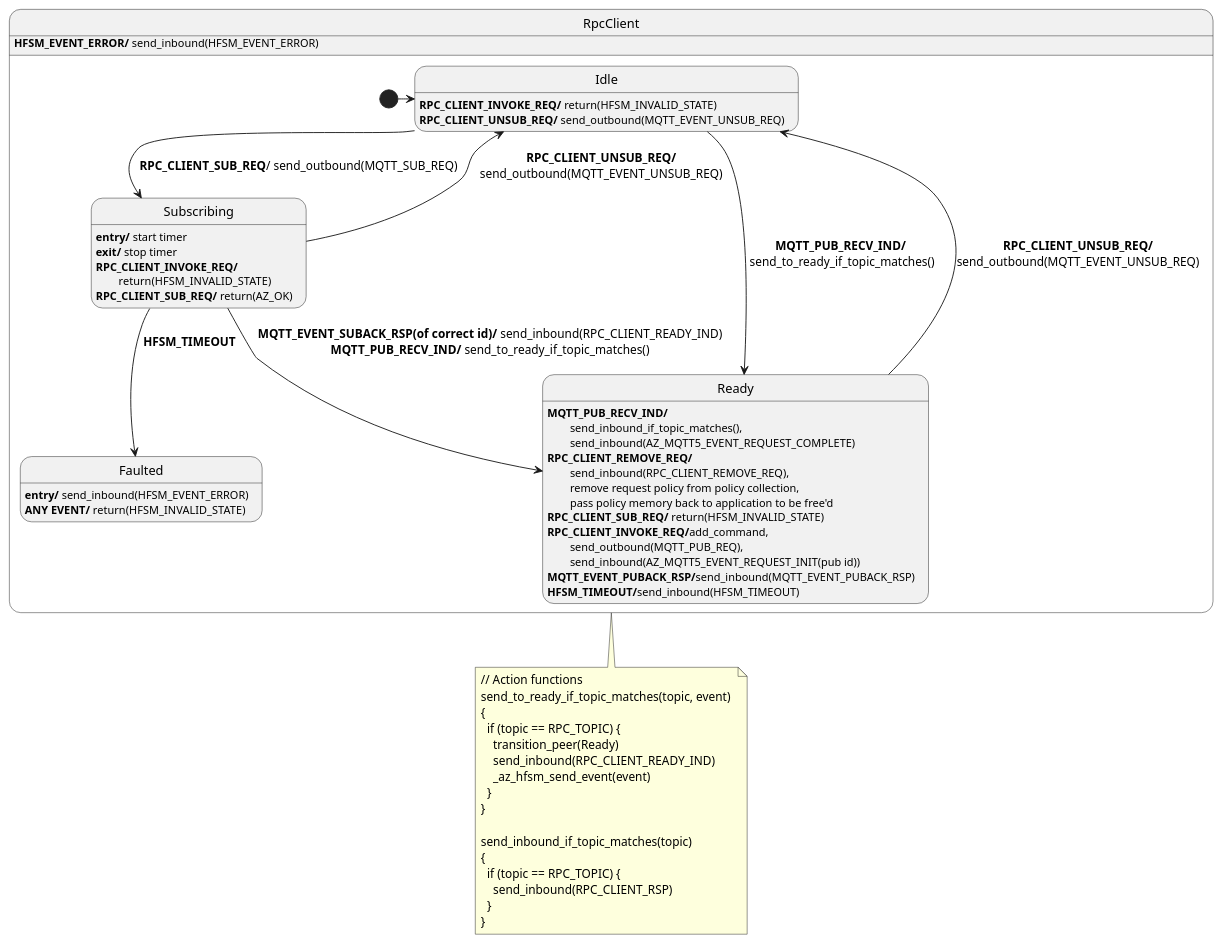
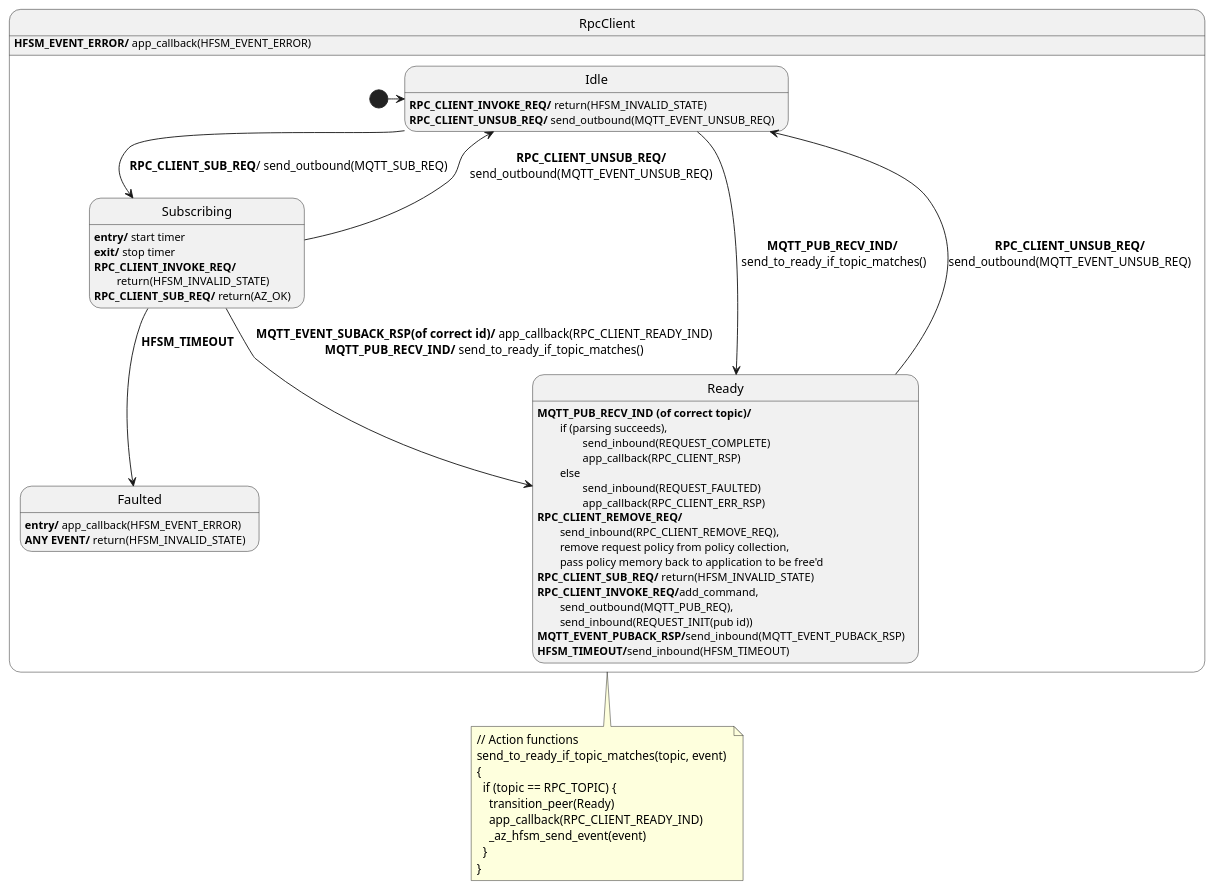
The diagram in sdk/docs/core/resources/mqtt_rpc_client.puml (Azure/azure-sdk-for-c), drawn with PlantUML before and after one commit. The commit also changed 6 other files, not shown here.

Commit message:
update rpc client unit tests and add functionality to fault the request if response parsing fails as well as protect the app from an infinite loop. Add safeguard to removing a request in faulted

```diff
--- a/sdk/docs/core/resources/mqtt_rpc_client.puml
+++ b/sdk/docs/core/resources/mqtt_rpc_client.puml
@@ -1,58 +1,51 @@
 @startuml
 ' ignore these as handled outside of this diagram: MQTT_EVENT_CONNECT_REQ, MQTT_EVENT_CONNECT_RSP, MQTT_EVENT_DISCONNECT_REQ, MQTT_EVENT_DISCONNECT_RSP
 ' Assumptions:
 ' 0. Unknown events are forwarded (in their original direction, either inbound or outbound).
 ' 1. If RPC_CLIENT_READY_IND hasn't already been sent, RPC_CLIENT_SUB_REQ is guaranteed to respond with either RPC_CLIENT_READY_IND, or HFSM_EVENT_ERROR if the subscribe request timed out.
 ' 2. RPC_CLIENT_READY_IND will not be sent more than once unless the client unsubscribes or gets unsubscribed.
-' 3. send_inbound, send_outbound are used to send information to the app and network respectively.
+' 3. app_callback, send_inbound, send_outbound are used to send information to the app, request policy collection, and network respectively.
 
 state RpcClient {
   state Idle
   Idle : <b>RPC_CLIENT_INVOKE_REQ/</b> return(HFSM_INVALID_STATE)
   Idle : <b>RPC_CLIENT_UNSUB_REQ/</b> send_outbound(MQTT_EVENT_UNSUB_REQ)
 
   state Faulted
-  Faulted : <b>entry/</b> send_inbound(HFSM_EVENT_ERROR)
+  Faulted : <b>entry/</b> app_callback(HFSM_EVENT_ERROR)
   Faulted : <b>ANY EVENT/</b> return(HFSM_INVALID_STATE)
     
   state Subscribing
   Subscribing : <b>entry/</b> start timer
   Subscribing : <b>exit/</b> stop timer
   Subscribing : <b>RPC_CLIENT_INVOKE_REQ/</b>\n\treturn(HFSM_INVALID_STATE)
   Subscribing : <b>RPC_CLIENT_SUB_REQ/</b> return(AZ_OK) 
 
   [*] -> Idle
   Idle --> Subscribing : <b>RPC_CLIENT_SUB_REQ</b>/ send_outbound(MQTT_SUB_REQ)
   Idle --> Ready : <b>MQTT_PUB_RECV_IND/</b>\n send_to_ready_if_topic_matches()
   Subscribing --> Faulted : <b>HFSM_TIMEOUT</b>
-  Subscribing --> Ready : <b>MQTT_EVENT_SUBACK_RSP(of correct id)/</b> send_inbound(RPC_CLIENT_READY_IND)\n<b>MQTT_PUB_RECV_IND/</b> send_to_ready_if_topic_matches()
+  Subscribing --> Ready : <b>MQTT_EVENT_SUBACK_RSP(of correct id)/</b> app_callback(RPC_CLIENT_READY_IND)\n<b>MQTT_PUB_RECV_IND/</b> send_to_ready_if_topic_matches()
   Ready --> Idle : <b>RPC_CLIENT_UNSUB_REQ/</b>\nsend_outbound(MQTT_EVENT_UNSUB_REQ)
   Subscribing --> Idle : <b>RPC_CLIENT_UNSUB_REQ/</b>\nsend_outbound(MQTT_EVENT_UNSUB_REQ)
 
-  Ready : <b>MQTT_PUB_RECV_IND/</b>\n\tsend_inbound_if_topic_matches(),\n\tsend_inbound(AZ_MQTT5_EVENT_REQUEST_COMPLETE)
+  Ready : <b>MQTT_PUB_RECV_IND (of correct topic)/</b>\n\tif (parsing succeeds),\n\t\tsend_inbound(REQUEST_COMPLETE)\n\t\tapp_callback(RPC_CLIENT_RSP)\n\telse\n\t\tsend_inbound(REQUEST_FAULTED)\n\t\tapp_callback(RPC_CLIENT_ERR_RSP)
   Ready : <b>RPC_CLIENT_REMOVE_REQ/</b>\n\tsend_inbound(RPC_CLIENT_REMOVE_REQ),\n\tremove request policy from policy collection,\n\tpass policy memory back to application to be free'd
   Ready : <b>RPC_CLIENT_SUB_REQ/</b> return(HFSM_INVALID_STATE)
-  Ready : <b>RPC_CLIENT_INVOKE_REQ/</b>add_command,\n\tsend_outbound(MQTT_PUB_REQ),\n\tsend_inbound(AZ_MQTT5_EVENT_REQUEST_INIT(pub id))
+  Ready : <b>RPC_CLIENT_INVOKE_REQ/</b>add_command,\n\tsend_outbound(MQTT_PUB_REQ),\n\tsend_inbound(REQUEST_INIT(pub id))
   Ready : <b>MQTT_EVENT_PUBACK_RSP/</b>send_inbound(MQTT_EVENT_PUBACK_RSP)
   Ready : <b>HFSM_TIMEOUT/</b>send_inbound(HFSM_TIMEOUT)
 }
-RpcClient : <b>HFSM_EVENT_ERROR/</b> send_inbound(HFSM_EVENT_ERROR)
+RpcClient : <b>HFSM_EVENT_ERROR/</b> app_callback(HFSM_EVENT_ERROR)
 note bottom of RpcClient
   // Action functions
   send_to_ready_if_topic_matches(topic, event) 
   {
     if (topic == RPC_TOPIC) {
       transition_peer(Ready)
-      send_inbound(RPC_CLIENT_READY_IND)
+      app_callback(RPC_CLIENT_READY_IND)
       _az_hfsm_send_event(event)
-    }
-  }
-
-  send_inbound_if_topic_matches(topic) 
-  {
-    if (topic == RPC_TOPIC) {
-      send_inbound(RPC_CLIENT_RSP)
     }
   }
 end note
 @enduml
```
